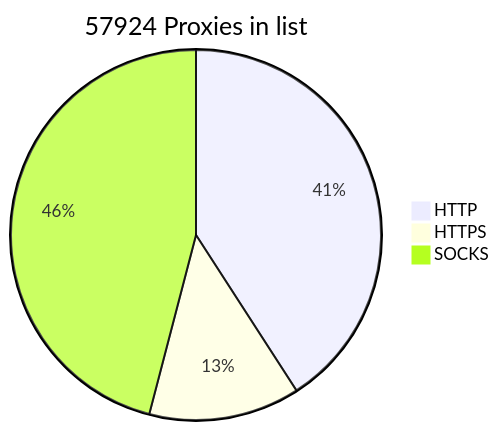
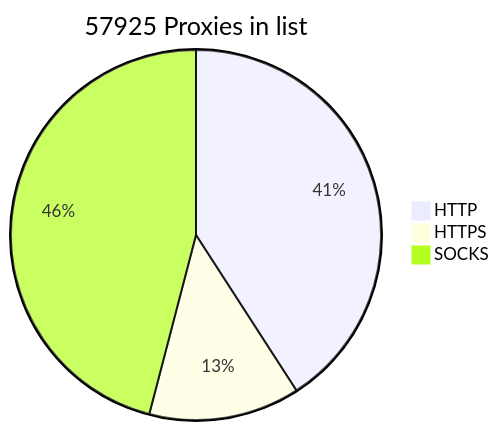
Before and after one commit to BlackSnowDot/proxylist-update-every-minute: the diagram in README.md, drawn with Mermaid.

````diff
--- a/README.md
+++ b/README.md
@@ -2,6 +2,6 @@
 ```mermaid
-pie title 57924 Proxies in list
+pie title 57925 Proxies in list
     "HTTP" : 26648
     "HTTPS": 8602
-    "SOCKS" : 29951
+    "SOCKS" : 29952
 ```
````
